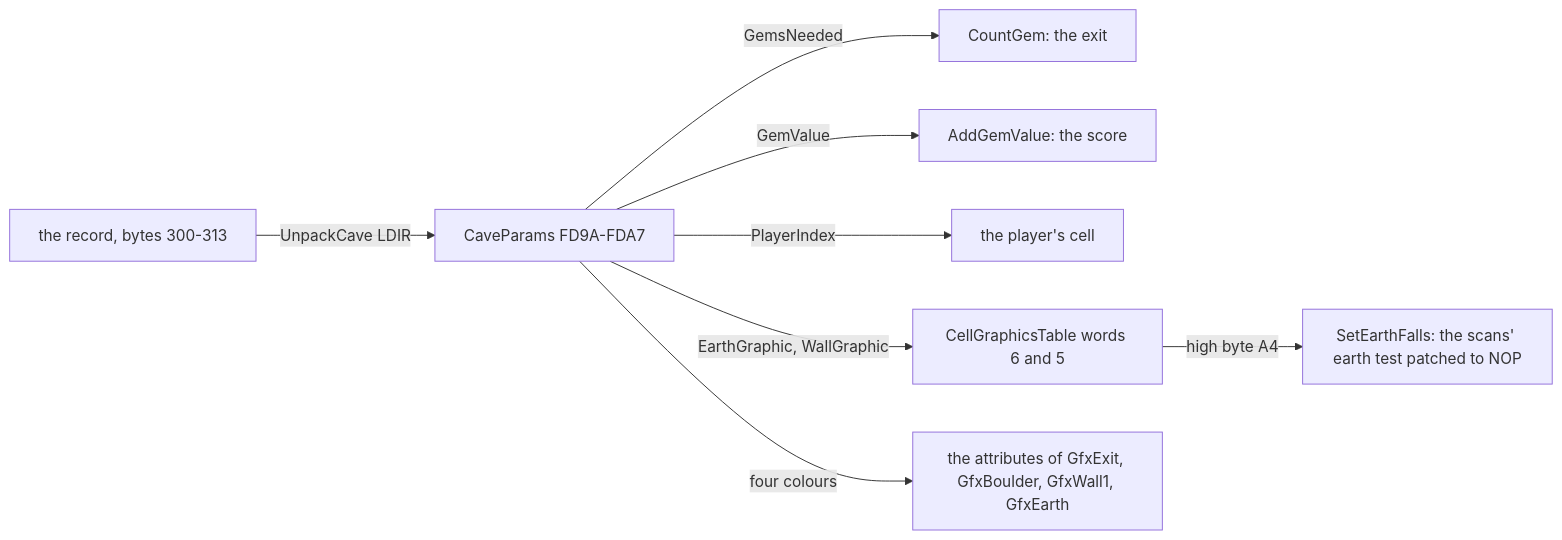
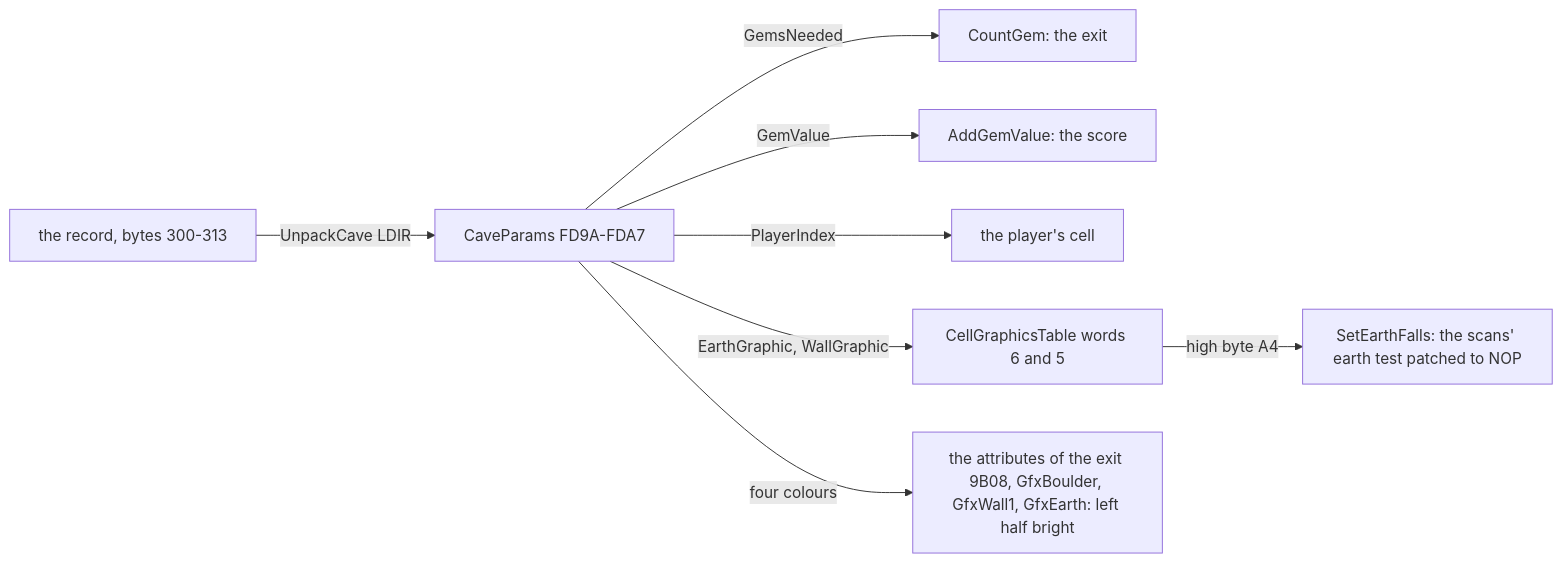
Before and after one commit to alfishe/unrealng-reverse-cases: the third of 8 diagrams in games/earth-shaker/docs/07-objects.md, drawn with Mermaid. The commit also changed other lines of this file and 52 other files, not shown here.

Commit message:
Earth Shaker: review round 1 fixes (jelly bean, stack depth, menu flow, DigInPlace sound, teleport-599 bug, witness counts recounted, bright quarters)

````diff
--- a/games/earth-shaker/docs/07-objects.md
+++ b/games/earth-shaker/docs/07-objects.md
@@ -331,10 +341,10 @@
 ```mermaid
 flowchart LR
     R["the record, bytes 300-313"] -->|UnpackCave LDIR| P["CaveParams FD9A-FDA7"]
     P -->|GemsNeeded| CG["CountGem: the exit"]
     P -->|GemValue| AG["AddGemValue: the score"]
     P -->|PlayerIndex| PL["the player's cell"]
     P -->|EarthGraphic, WallGraphic| T["CellGraphicsTable words 6 and 5"]
-    P -->|four colours| G["the attributes of GfxExit, GfxBoulder, GfxWall1, GfxEarth"]
+    P -->|four colours| G["the attributes of the exit 9B08, GfxBoulder, GfxWall1, GfxEarth: left half bright"]
     T -->|"high byte A4"| S["SetEarthFalls: the scans' earth test patched to NOP"]
 ```
````
